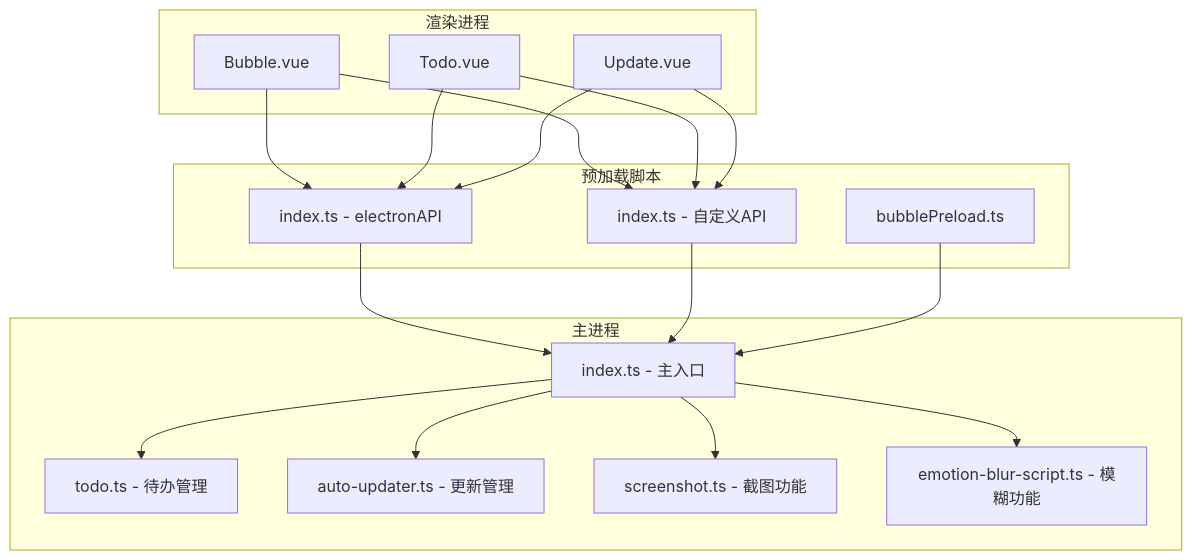
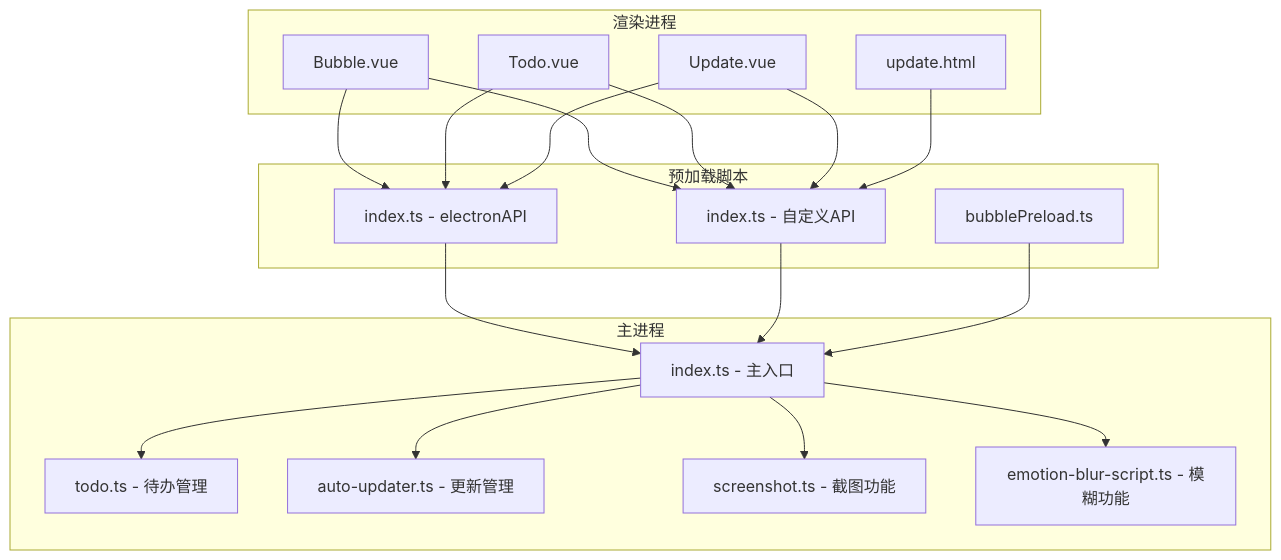
Before and after one commit to tutusiji/WoaApp: the seventh of 7 diagrams in .qoder/repowiki/zh/content/API参考/预加载脚本API.md, drawn with Mermaid. The commit also changed other lines of this file and 4 other files, not shown here.

````diff
--- a/.qoder/repowiki/zh/content/API参考/预加载脚本API.md
+++ b/.qoder/repowiki/zh/content/API参考/预加载脚本API.md
@@ -345,33 +377,35 @@
 ```mermaid
 graph TD
 subgraph "渲染进程"
 A[Bubble.vue]
 B[Todo.vue]
 C[Update.vue]
+D[update.html]
 end
 subgraph "预加载脚本"
-D[index.ts - electronAPI]
-E[index.ts - 自定义API]
-F[bubblePreload.ts]
+E[index.ts - electronAPI]
+F[index.ts - 自定义API]
+G[bubblePreload.ts]
 end
 subgraph "主进程"
-G[index.ts - 主入口]
-H[todo.ts - 待办管理]
-I[auto-updater.ts - 更新管理]
-J[screenshot.ts - 截图功能]
-K[emotion-blur-script.ts - 模糊功能]
+H[index.ts - 主入口]
+I[todo.ts - 待办管理]
+J[auto-updater.ts - 更新管理]
+K[screenshot.ts - 截图功能]
+L[emotion-blur-script.ts - 模糊功能]
 end
-A --> D
 A --> E
-B --> D
+A --> F
 B --> E
-C --> D
+B --> F
 C --> E
-D --> G
-E --> G
-F --> G
+C --> F
+D --> F
+E --> H
+F --> H
 G --> H
-G --> I
-G --> J
-G --> K
+H --> I
+H --> J
+H --> K
+H --> L
 ```
````
